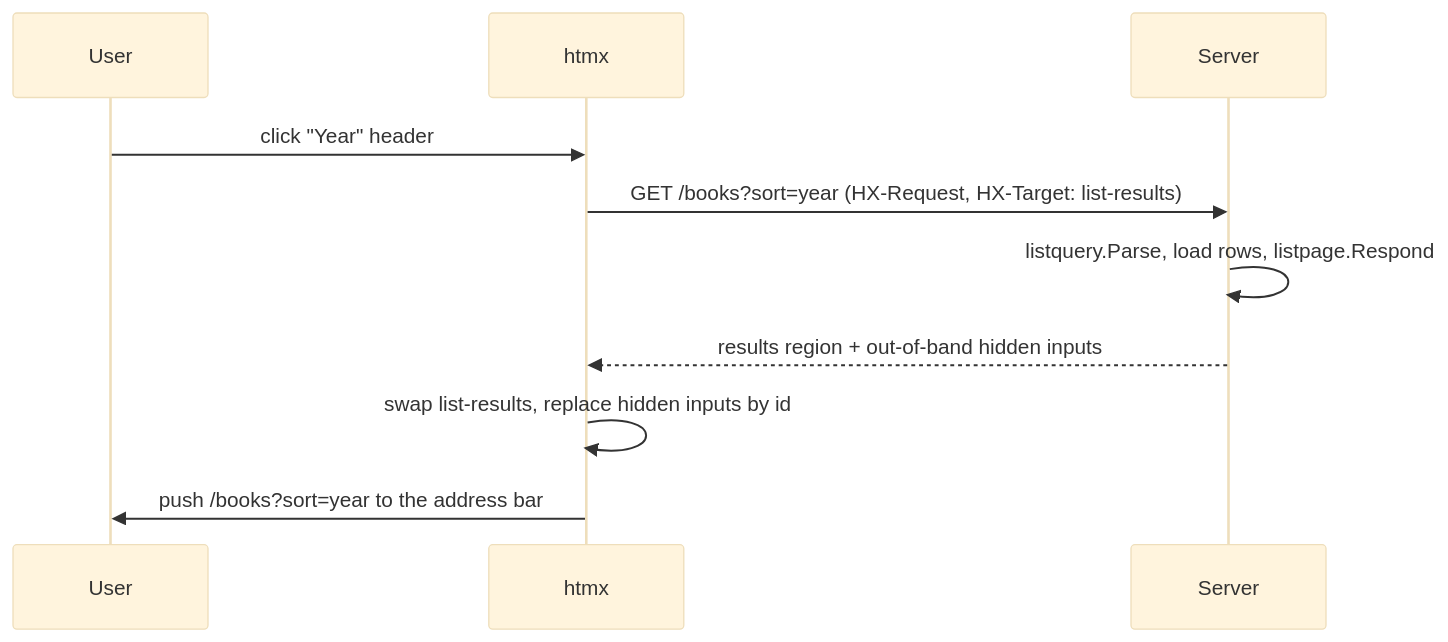
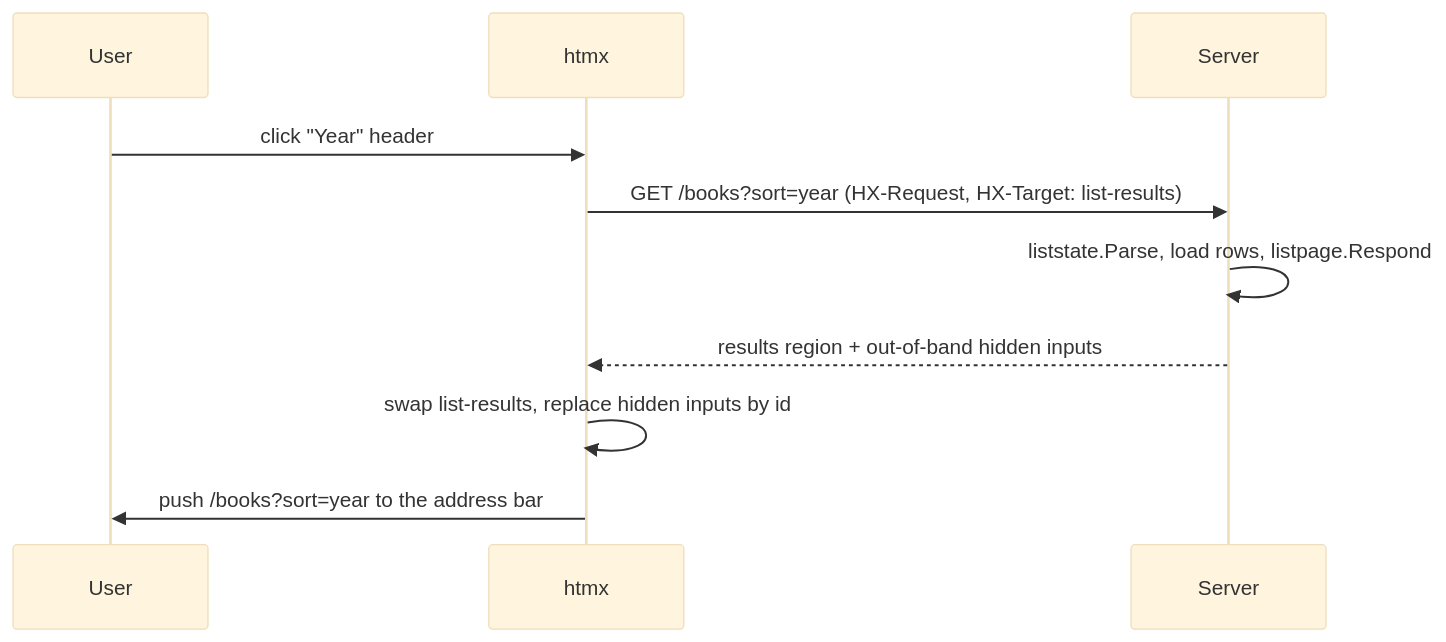
The third of 5 diagrams in docs/how-it-works.md (bplus/webframe), drawn with Mermaid (base theme) before and after one commit. The commit also changed other lines of this file and 34 other files, not shown here.

First line of the commit message:
Rename package listquery to liststate

````diff
--- a/docs/how-it-works.md
+++ b/docs/how-it-works.md
@@ -188,12 +188,12 @@
 ```mermaid
 sequenceDiagram
     participant U as User
     participant X as htmx
     participant S as Server
     U->>X: click "Year" header
     X->>S: GET /books?sort=year (HX-Request, HX-Target: list-results)
-    S->>S: listquery.Parse, load rows, listpage.Respond
+    S->>S: liststate.Parse, load rows, listpage.Respond
     S-->>X: results region + out-of-band hidden inputs
     X->>X: swap list-results, replace hidden inputs by id
     X->>U: push /books?sort=year to the address bar
 ```
````
